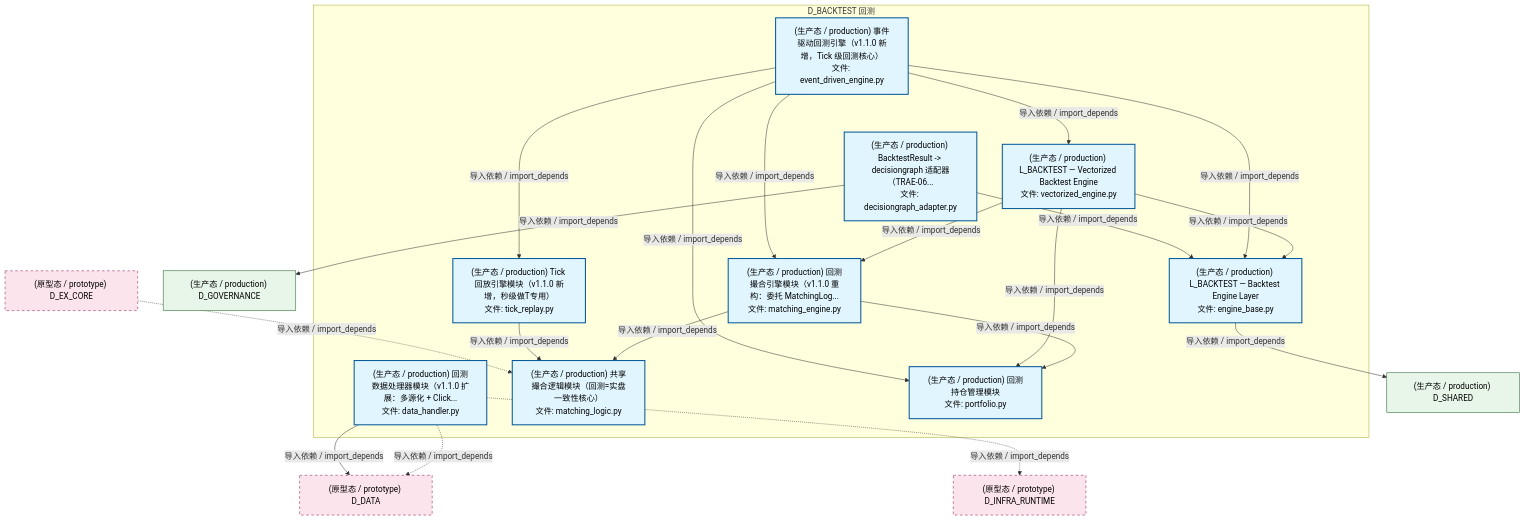
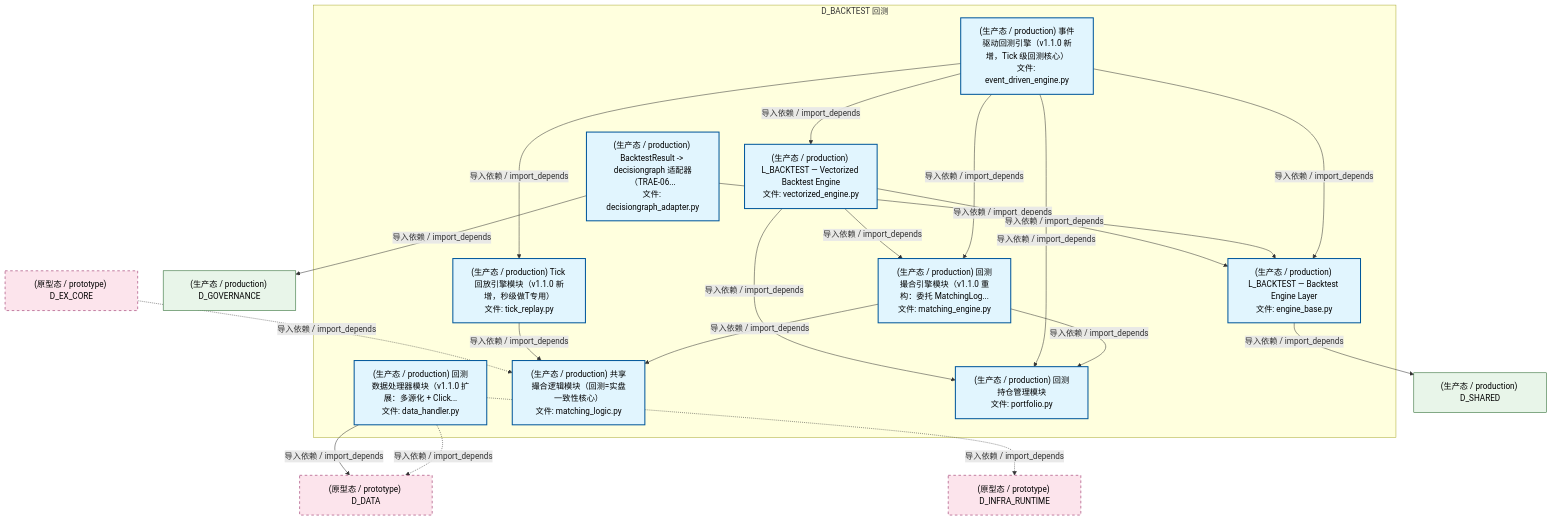
The second of 5 diagrams in docs/02_enterprise_architecture/02_domain_architecture_docs/30_d_backtest.md (xuanFelixVan/ZephyrAlpha), drawn with Mermaid before and after one commit. The commit also changed other lines of this file and 99 other files, not shown here.

````diff
--- a/docs/02_enterprise_architecture/02_domain_architecture_docs/30_d_backtest.md
+++ b/docs/02_enterprise_architecture/02_domain_architecture_docs/30_d_backtest.md
@@ -182,44 +182,44 @@
 ```mermaid
 graph TD
     subgraph D_BACKTEST["D_BACKTEST 回测"]
         src_zephyr_backtest_core_data_handler_py["(生产态 / production) 回测数据处理器模块（v1.1.0 扩展：多源化 + Click...<br/>文件: data_handler.py"]
         src_zephyr_backtest_core_engine_base_py["(生产态 / production) L_BACKTEST — Backtest Engine Layer<br/>文件: engine_base.py"]
         src_zephyr_backtest_core_matching_engine_py["(生产态 / production) 回测撮合引擎模块（v1.1.0 重构：委托 MatchingLog...<br/>文件: matching_engine.py"]
         src_zephyr_backtest_core_matching_logic_py["(生产态 / production) 共享撮合逻辑模块（回测=实盘一致性核心）<br/>文件: matching_logic.py"]
         src_zephyr_backtest_core_portfolio_py["(生产态 / production) 回测持仓管理模块<br/>文件: portfolio.py"]
         src_zephyr_backtest_core_tick_replay_py["(生产态 / production) Tick 回放引擎模块（v1.1.0 新增，秒级做T专用）<br/>文件: tick_replay.py"]
         src_zephyr_backtest_implementations_event_driven_engine_py["(生产态 / production) 事件驱动回测引擎（v1.1.0 新增，Tick 级回测核心）<br/>文件: event_driven_engine.py"]
         src_zephyr_backtest_implementations_vectorized_engine_py["(生产态 / production) L_BACKTEST — Vectorized Backtest Engine<br/>文件: vectorized_engine.py"]
         src_zephyr_backtest_io_decisiongraph_adapter_py["(生产态 / production) BacktestResult -> decisiongraph 适配器（TRAE-06...<br/>文件: decisiongraph_adapter.py"]
     end
     src_zephyr_backtest_core_matching_engine_py -->|导入依赖 / import_depends| src_zephyr_backtest_core_matching_logic_py
     src_zephyr_backtest_core_matching_engine_py -->|导入依赖 / import_depends| src_zephyr_backtest_core_portfolio_py
     src_zephyr_backtest_core_tick_replay_py -->|导入依赖 / import_depends| src_zephyr_backtest_core_matching_logic_py
-    src_zephyr_backtest_implementations_vectorized_engine_py -->|导入依赖 / import_depends| src_zephyr_backtest_core_engine_base_py
-    src_zephyr_backtest_implementations_vectorized_engine_py -->|导入依赖 / import_depends| src_zephyr_backtest_core_matching_engine_py
-    src_zephyr_backtest_implementations_vectorized_engine_py -->|导入依赖 / import_depends| src_zephyr_backtest_core_portfolio_py
+    src_zephyr_backtest_implementations_event_driven_engine_py -->|导入依赖 / import_depends| src_zephyr_backtest_core_matching_engine_py
     src_zephyr_backtest_implementations_event_driven_engine_py -->|导入依赖 / import_depends| src_zephyr_backtest_core_engine_base_py
-    src_zephyr_backtest_implementations_event_driven_engine_py -->|导入依赖 / import_depends| src_zephyr_backtest_core_matching_engine_py
     src_zephyr_backtest_implementations_event_driven_engine_py -->|导入依赖 / import_depends| src_zephyr_backtest_core_tick_replay_py
     src_zephyr_backtest_implementations_event_driven_engine_py -->|导入依赖 / import_depends| src_zephyr_backtest_core_portfolio_py
     src_zephyr_backtest_implementations_event_driven_engine_py -->|导入依赖 / import_depends| src_zephyr_backtest_implementations_vectorized_engine_py
     src_zephyr_backtest_io_decisiongraph_adapter_py -->|导入依赖 / import_depends| src_zephyr_backtest_core_engine_base_py
-    D_SHARED["(生产态 / production) D_SHARED"]
-    src_zephyr_backtest_core_engine_base_py -->|导入依赖 / import_depends| D_SHARED
+    src_zephyr_backtest_implementations_vectorized_engine_py -->|导入依赖 / import_depends| src_zephyr_backtest_core_matching_engine_py
+    src_zephyr_backtest_implementations_vectorized_engine_py -->|导入依赖 / import_depends| src_zephyr_backtest_core_engine_base_py
+    src_zephyr_backtest_implementations_vectorized_engine_py -->|导入依赖 / import_depends| src_zephyr_backtest_core_portfolio_py
     D_DATA["(原型态 / prototype) D_DATA"]
     src_zephyr_backtest_core_data_handler_py -.->|导入依赖 / import_depends| D_DATA
     src_zephyr_backtest_core_data_handler_py -->|导入依赖 / import_depends| D_DATA
     D_INFRA_RUNTIME["(原型态 / prototype) D_INFRA_RUNTIME"]
     src_zephyr_backtest_core_data_handler_py -.->|导入依赖 / import_depends| D_INFRA_RUNTIME
+    D_SHARED["(生产态 / production) D_SHARED"]
+    src_zephyr_backtest_core_engine_base_py -->|导入依赖 / import_depends| D_SHARED
     D_GOVERNANCE["(生产态 / production) D_GOVERNANCE"]
     src_zephyr_backtest_io_decisiongraph_adapter_py -->|导入依赖 / import_depends| D_GOVERNANCE
     D_EX_CORE["(原型态 / prototype) D_EX_CORE"]
     D_EX_CORE -.->|导入依赖 / import_depends| src_zephyr_backtest_core_matching_logic_py
     classDef production fill:#e1f5fe,stroke:#01579b,stroke-width:2px,color:#000
     classDef design fill:#fff3e0,stroke:#e65100,stroke-width:2px,color:#000,stroke-dasharray: 5 5
     classDef external_prod fill:#e8f5e9,stroke:#1b5e20,stroke-width:1px,color:#000
     classDef external_design fill:#fce4ec,stroke:#880e4f,stroke-width:1px,color:#000,stroke-dasharray: 5 5
     class src_zephyr_backtest_core_data_handler_py,src_zephyr_backtest_core_engine_base_py,src_zephyr_backtest_core_matching_engine_py,src_zephyr_backtest_core_matching_logic_py,src_zephyr_backtest_core_portfolio_py,src_zephyr_backtest_core_tick_replay_py,src_zephyr_backtest_implementations_event_driven_engine_py,src_zephyr_backtest_implementations_vectorized_engine_py,src_zephyr_backtest_io_decisiongraph_adapter_py production
     class D_SHARED,D_GOVERNANCE external_prod
     class D_DATA,D_INFRA_RUNTIME,D_EX_CORE external_design
 ```
````
